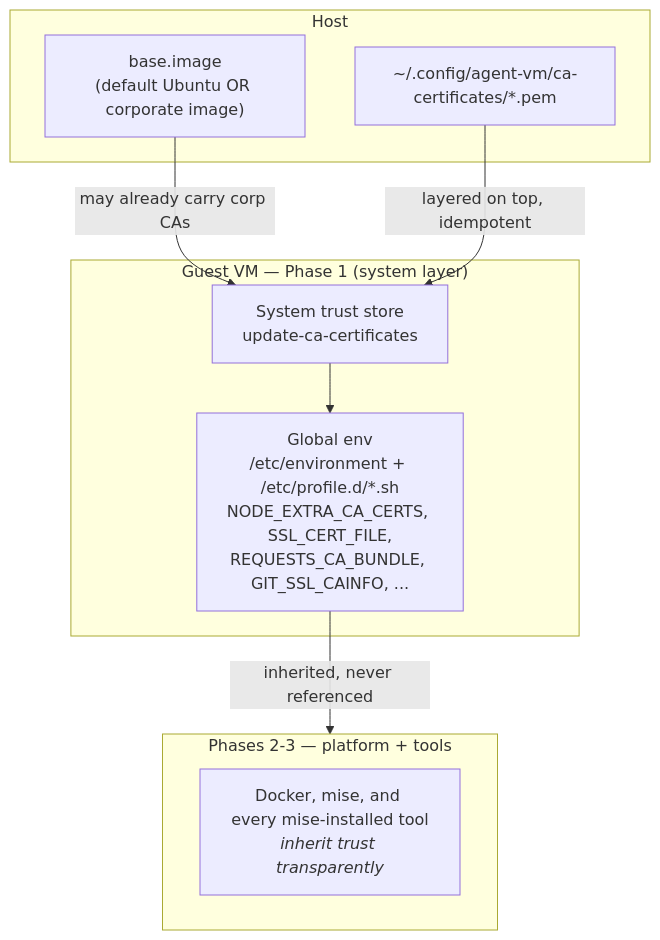
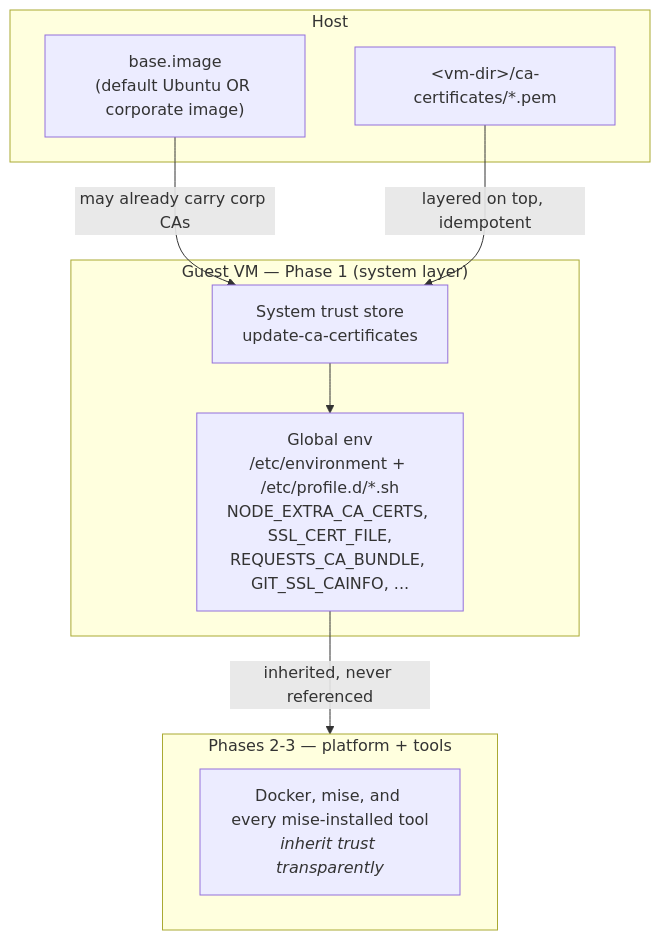
The fourth of 5 diagrams in docs/architecture.md (MikD1/agent-vm), drawn with Mermaid before and after one commit. The commit also changed other lines of this file and 43 other files, not shown here.

````diff
--- a/docs/architecture.md
+++ b/docs/architecture.md
@@ -219,21 +227,21 @@
 ```mermaid
 graph TB
     subgraph Host
-        hostca["~/.config/agent-vm/ca-certificates/*.pem"]
+        hostca["&lt;vm-dir&gt;/ca-certificates/*.pem"]
         baseimg["base.image<br/>(default Ubuntu OR corporate image)"]
     end
 
     subgraph Guest["Guest VM — Phase 1 (system layer)"]
         trust["System trust store<br/>update-ca-certificates"]
         env["Global env<br/>/etc/environment + /etc/profile.d/*.sh<br/>NODE_EXTRA_CA_CERTS, SSL_CERT_FILE,<br/>REQUESTS_CA_BUNDLE, GIT_SSL_CAINFO, ..."]
     end
 
     subgraph Tools["Phases 2-3 — platform + tools"]
         m["Docker, mise, and every mise-installed tool<br/><i>inherit trust transparently</i>"]
     end
 
     baseimg -- "may already carry corp CAs" --> trust
     hostca -- "layered on top, idempotent" --> trust
     trust --> env
     env -- "inherited, never referenced" --> Tools
 ```
````
